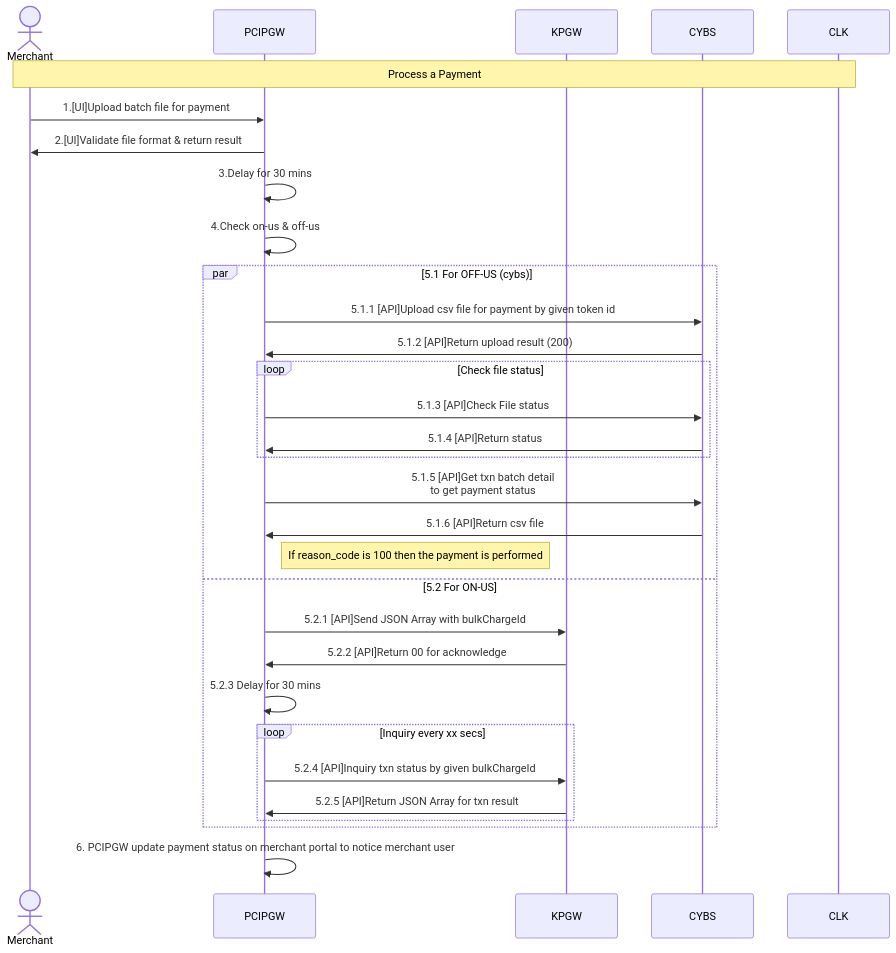
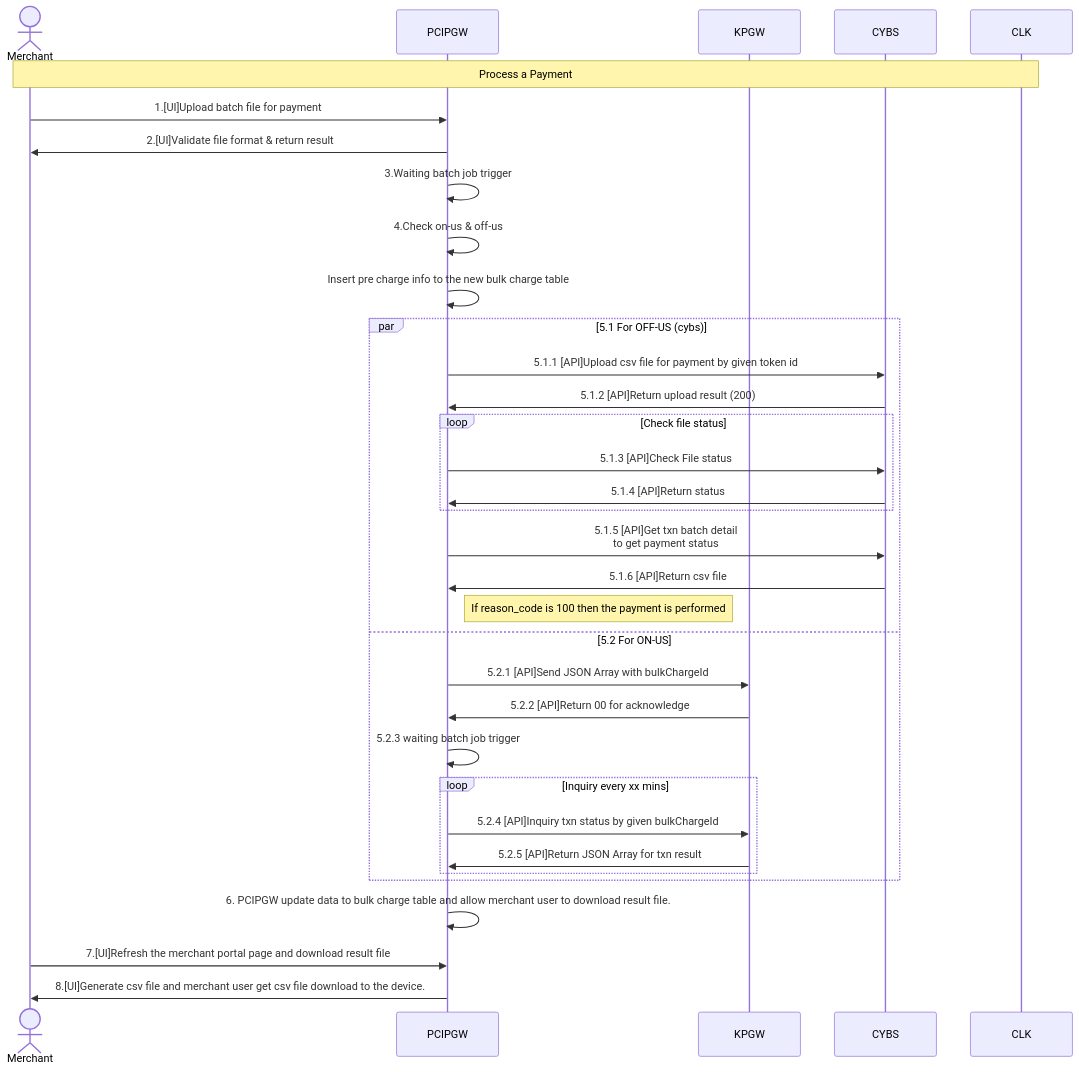
One commit to yuusuke25/MyNotes changed the second of 3 diagrams in RecurringTokenFlow.md. Above: the diagram before and after it, drawn with Mermaid.

````diff
--- a/RecurringTokenFlow.md
+++ b/RecurringTokenFlow.md
@@ -30,33 +30,36 @@
 ```mermaid
     sequenceDiagram
         Actor Merchant
         participant PCIPGW
         participant KPGW
         participant CYBS
         participant CLK
         Note over Merchant,CLK: Process a Payment
         Merchant->>PCIPGW: 1.[UI]Upload batch file for payment
         PCIPGW->>Merchant: 2.[UI]Validate file format & return result
-        PCIPGW->>PCIPGW: 3.Delay for 30 mins
+        PCIPGW->>PCIPGW: 3.Waiting batch job trigger
         PCIPGW->>PCIPGW: 4.Check on-us & off-us
+        PCIPGW->>PCIPGW: Insert pre charge info to the new bulk charge table
         par 5.1 For OFF-US (cybs)
           PCIPGW->>CYBS: 5.1.1 [API]Upload csv file for payment by given token id
           CYBS->>PCIPGW: 5.1.2 [API]Return upload result (200)
           Loop Check file status
               PCIPGW->>CYBS: 5.1.3 [API]Check File status
               CYBS->>PCIPGW: 5.1.4 [API]Return status
           end
           PCIPGW->>CYBS: 5.1.5 [API]Get txn batch detail<br>to get payment status
           CYBS->>PCIPGW: 5.1.6 [API]Return csv file
           Note right of PCIPGW: If reason_code is 100 then the payment is performed
         and 5.2 For ON-US
           PCIPGW->>KPGW: 5.2.1 [API]Send JSON Array with bulkChargeId
           KPGW->>PCIPGW: 5.2.2 [API]Return 00 for acknowledge
-          PCIPGW->>PCIPGW: 5.2.3 Delay for 30 mins
-          Loop Inquiry every xx secs
+          PCIPGW->>PCIPGW: 5.2.3 waiting batch job trigger
+          Loop Inquiry every xx mins
             PCIPGW->>KPGW: 5.2.4 [API]Inquiry txn status by given bulkChargeId
             KPGW->>PCIPGW: 5.2.5 [API]Return JSON Array for txn result
           end
         end
-        PCIPGW->>PCIPGW: 6. PCIPGW update payment status on merchant portal to notice merchant user
+        PCIPGW->>PCIPGW: 6. PCIPGW update data to bulk charge table and allow merchant user to download result file.
+        Merchant->>PCIPGW: 7.[UI]Refresh the merchant portal page and download result file
+        PCIPGW->>Merchant: 8.[UI]Generate csv file and merchant user get csv file download to the device.
 ```
````
